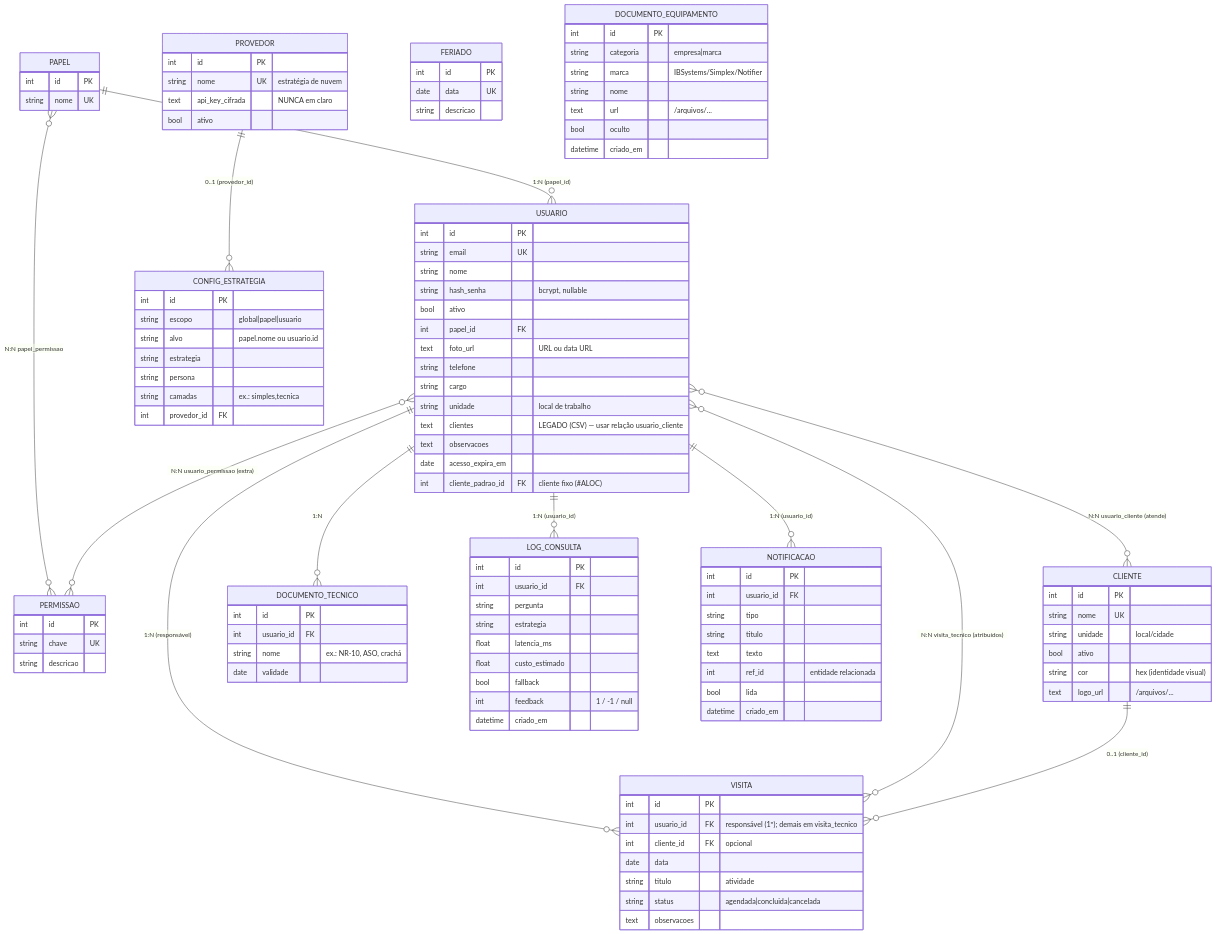
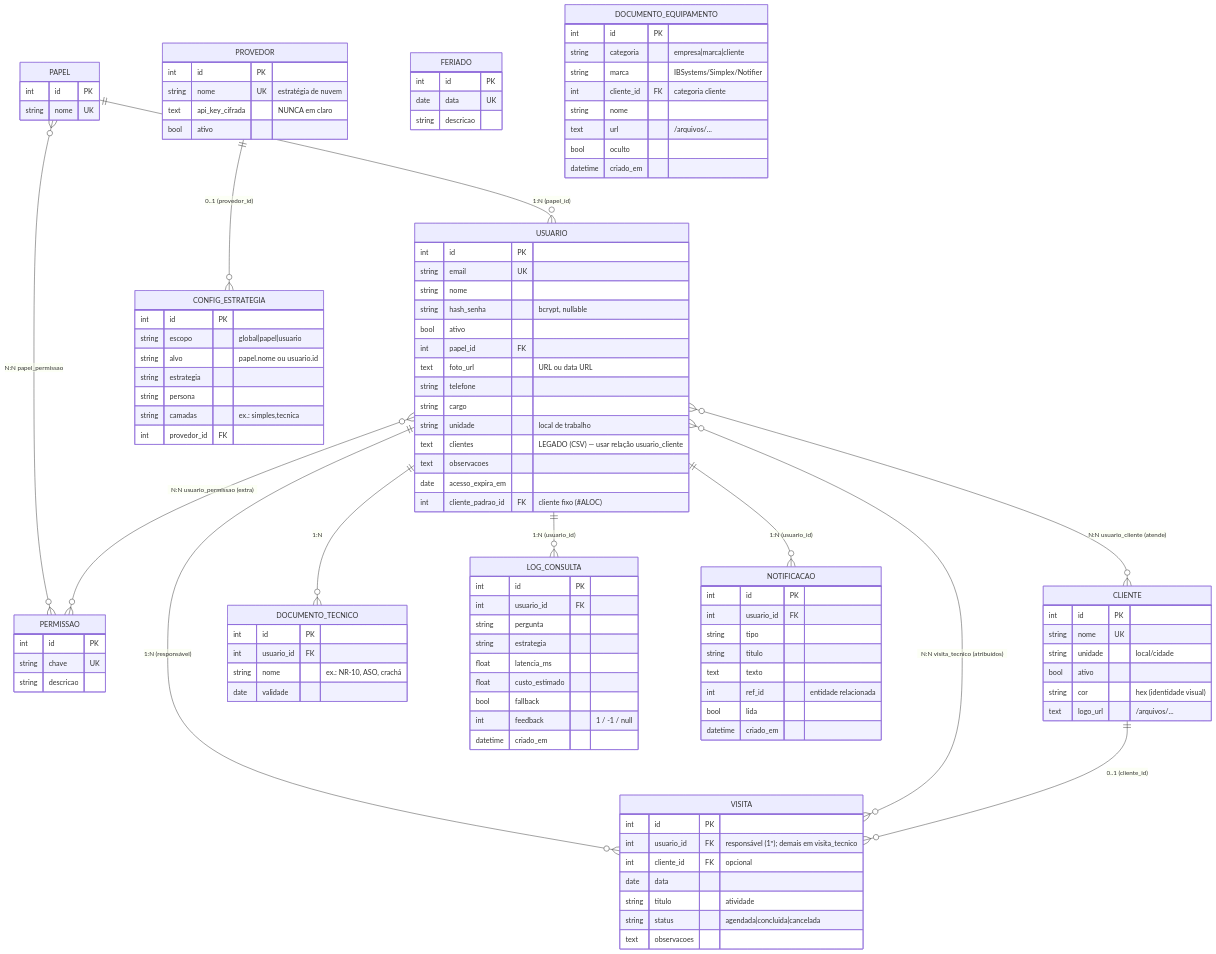
One commit to caiquemiranda/RAG-Simplex changed the diagram in docs/MODELO_DADOS.md. Above: the diagram before and after it, drawn with Mermaid. The commit also changed 6 other files, not shown here.

```diff
--- a/docs/MODELO_DADOS.md
+++ b/docs/MODELO_DADOS.md
@@ -86,8 +86,9 @@
   }
   DOCUMENTO_EQUIPAMENTO {
     int id PK
-    string categoria "empresa|marca"
+    string categoria "empresa|marca|cliente"
     string marca "IBSystems/Simplex/Notifier"
+    int cliente_id FK "categoria cliente"
     string nome
     text url "/arquivos/..."
     bool oculto
```
